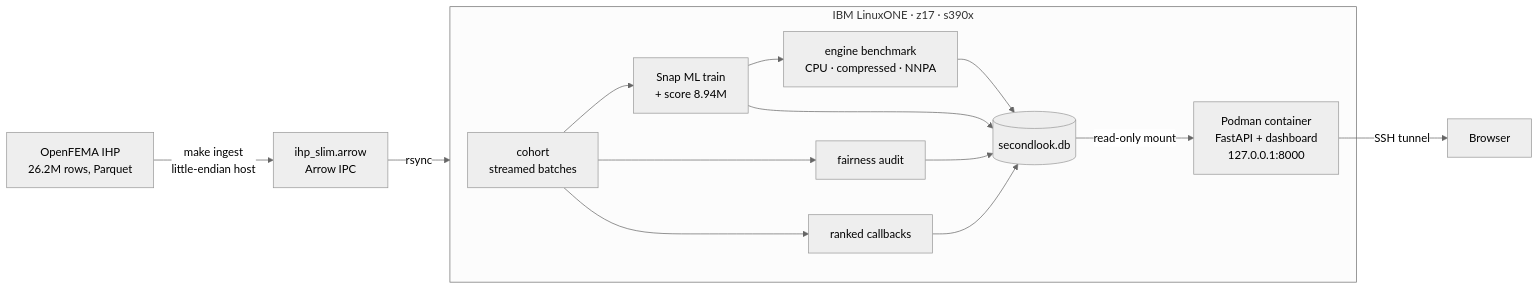
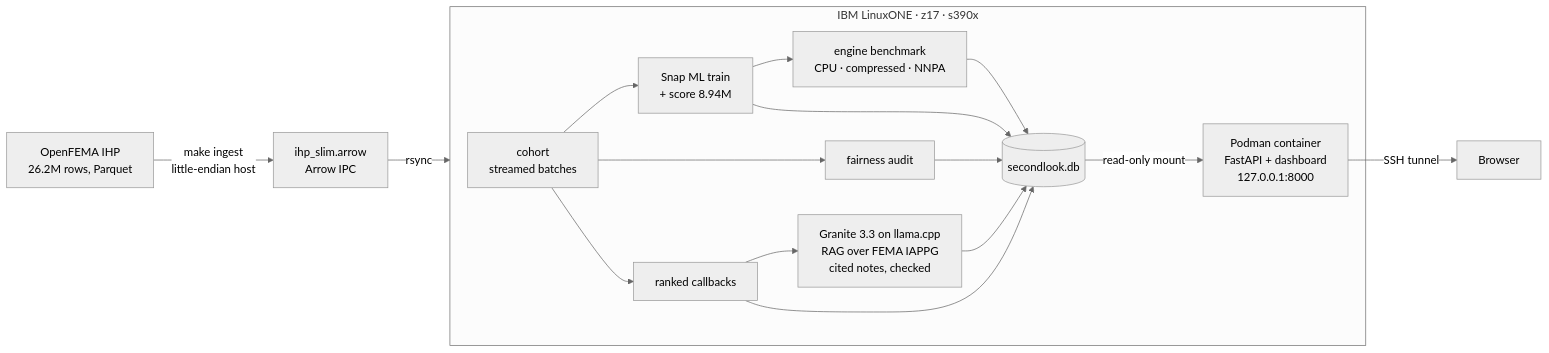
The diagram in README.md (Mahirrrr/ibm-z-datathon-2026), drawn with Mermaid (neutral theme) before and after one commit. The commit also changed other lines of this file and 29 other files, not shown here.

First line of the commit message:
Add Granite RAG callback notes and TensorFlow NNPA twin

````diff
--- a/README.md
+++ b/README.md
@@ -48,14 +52,15 @@
 ```mermaid
 flowchart LR
     F[OpenFEMA IHP<br/>26.2M rows, Parquet] -->|make ingest<br/>little-endian host| S[ihp_slim.arrow<br/>Arrow IPC]
     S -->|rsync| Z
     subgraph Z[IBM LinuxONE · z17 · s390x]
         C[cohort<br/>streamed batches] --> T[Snap ML train<br/>+ score 8.94M]
         T --> B[engine benchmark<br/>CPU · compressed · NNPA]
         C --> FA[fairness audit]
         C --> R[ranked callbacks]
-        T & FA & R & B --> DB[(secondlook.db)]
+        R --> G[Granite 3.3 on llama.cpp<br/>RAG over FEMA IAPPG<br/>cited notes, checked]
+        T & FA & R & B & G --> DB[(secondlook.db)]
         DB -->|read-only mount| P[Podman container<br/>FastAPI + dashboard<br/>127.0.0.1:8000]
     end
     P -->|SSH tunnel| U[Browser]
 ```
````
